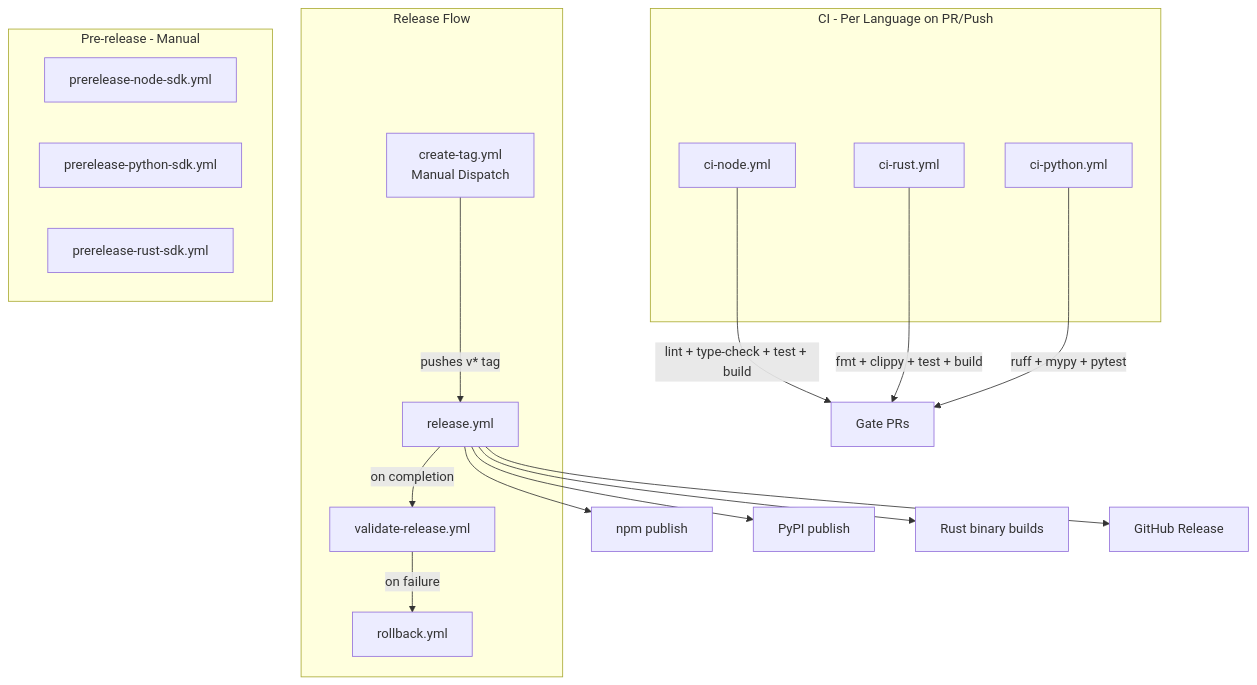
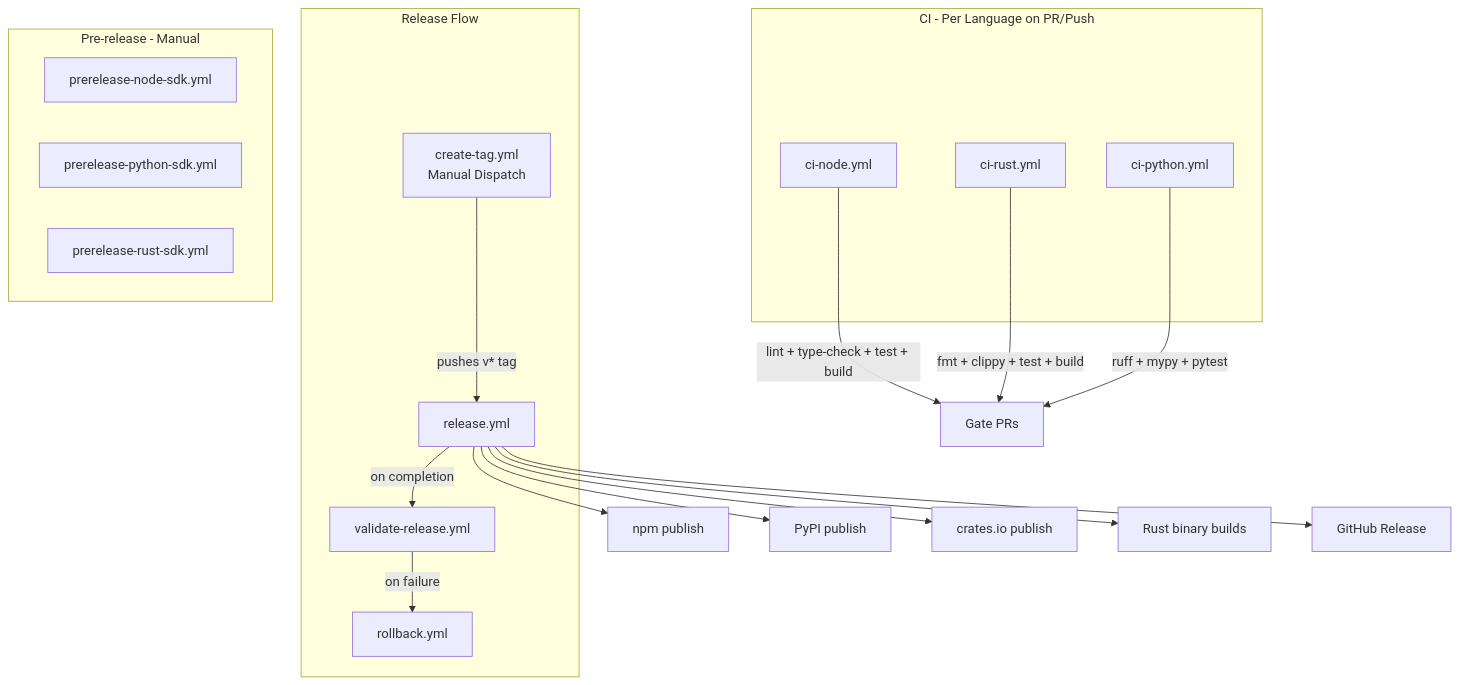
One commit to iii-hq/sdk changed the diagram in .github/README.md. Above: the diagram before and after it, drawn with Mermaid. The commit also changed other lines of this file, not shown here.

Commit message:
docs: update README.md to include Rust SDK publishing details

````diff
--- a/.github/README.md
+++ b/.github/README.md
@@ -7,29 +7,30 @@
 ```mermaid
 flowchart TD
   subgraph ci [CI - Per Language on PR/Push]
     CINode[ci-node.yml]
     CIRust[ci-rust.yml]
     CIPython[ci-python.yml]
   end
 
   subgraph release [Release Flow]
     CreateTag[create-tag.yml\nManual Dispatch] --> |pushes v* tag| Release[release.yml]
     Release --> |on completion| Validate[validate-release.yml]
     Validate --> |on failure| Rollback[rollback.yml]
   end
 
   subgraph prerelease [Pre-release - Manual]
     PreNode[prerelease-node-sdk.yml]
     PrePython[prerelease-python-sdk.yml]
     PreRust[prerelease-rust-sdk.yml]
   end
 
   CINode --> |lint + type-check + test + build| DoneCI[Gate PRs]
   CIRust --> |fmt + clippy + test + build| DoneCI
   CIPython --> |ruff + mypy + pytest| DoneCI
 
   Release --> PublishNode[npm publish]
   Release --> PublishPython[PyPI publish]
+  Release --> PublishRust[crates.io publish]
   Release --> BuildRust[Rust binary builds]
   Release --> GitHubRelease[GitHub Release]
 ```
````
